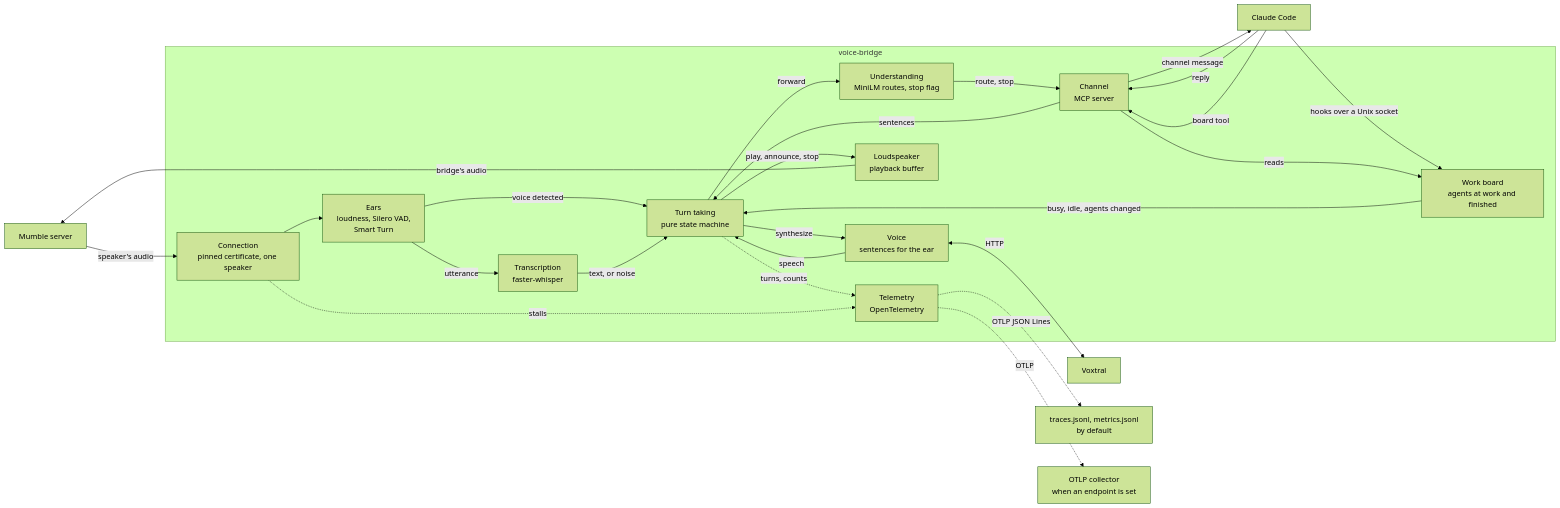
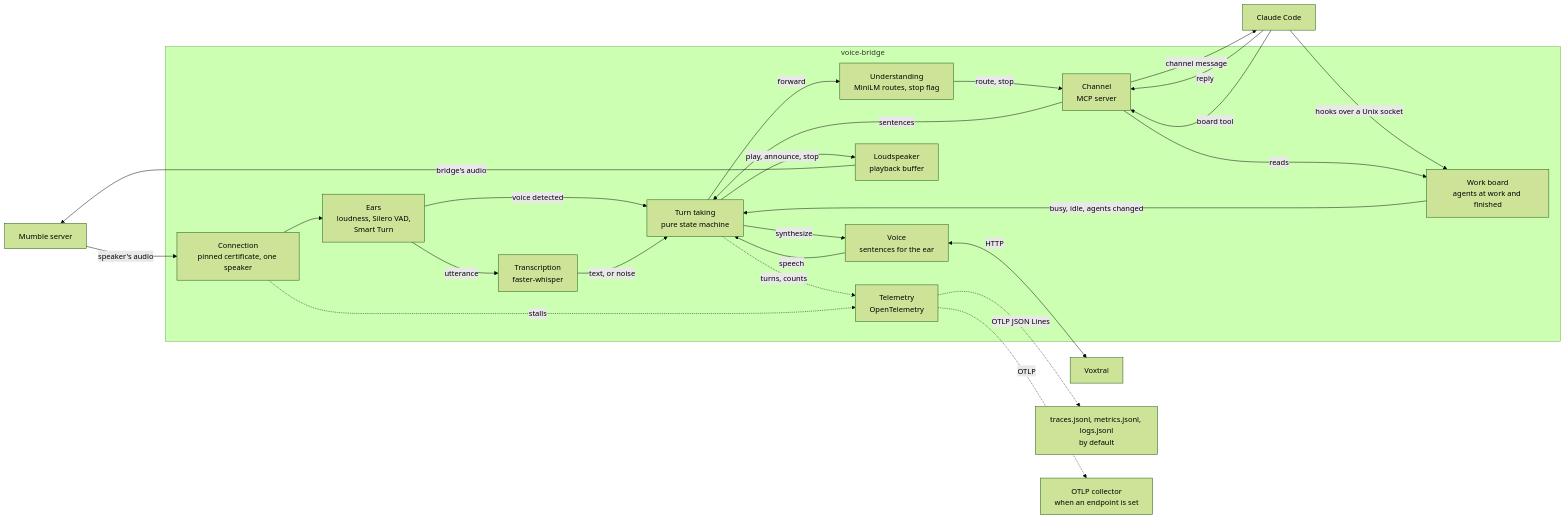
Before and after one commit to marc-gavanier/voice-bridge: the third of 3 diagrams in README.md, drawn with Mermaid (forest theme). The commit also changed other lines of this file and 2 other files, not shown here.

````diff
--- a/README.md
+++ b/README.md
@@ -395,36 +395,36 @@
 ```mermaid
 flowchart LR
     mumble["Mumble server"]
     subgraph bridge["voice-bridge"]
         connection["Connection<br/>pinned certificate, one speaker"]
         ears["Ears<br/>loudness, Silero VAD,<br/>Smart Turn"]
         whisper["Transcription<br/>faster-whisper"]
         turns["Turn taking<br/>pure state machine"]
         understanding["Understanding<br/>MiniLM routes, stop flag"]
         channel["Channel<br/>MCP server"]
         board["Work board<br/>agents at work and finished"]
         mouth["Voice<br/>sentences for the ear"]
         loudspeaker["Loudspeaker<br/>playback buffer"]
         telemetry["Telemetry<br/>OpenTelemetry"]
     end
     claude["Claude Code"]
     voxtral["Voxtral"]
-    files["traces.jsonl, metrics.jsonl<br/>by default"]
+    files["traces.jsonl, metrics.jsonl, logs.jsonl<br/>by default"]
     collector["OTLP collector<br/>when an endpoint is set"]
 
     mumble -->|"speaker's audio"| connection --> ears
     ears -->|"utterance"| whisper
     ears -->|"voice detected"| turns
     whisper -->|"text, or noise"| turns
     turns -->|"forward"| understanding -->|"route, stop"| channel -->|"channel message"| claude
     claude -->|"reply"| channel -->|"sentences"| turns
     claude -->|"hooks over a Unix socket"| board -->|"busy, idle, agents changed"| turns
     claude -->|"board tool"| channel -->|"reads"| board
     turns -->|"synthesize"| mouth <-->|"HTTP"| voxtral
     mouth -->|"speech"| turns
     turns -->|"play, announce, stop"| loudspeaker -->|"bridge's audio"| mumble
     turns -.->|"turns, counts"| telemetry
     connection -.->|"stalls"| telemetry
     telemetry -.->|"OTLP JSON Lines"| files
     telemetry -.->|"OTLP"| collector
 ```
````
